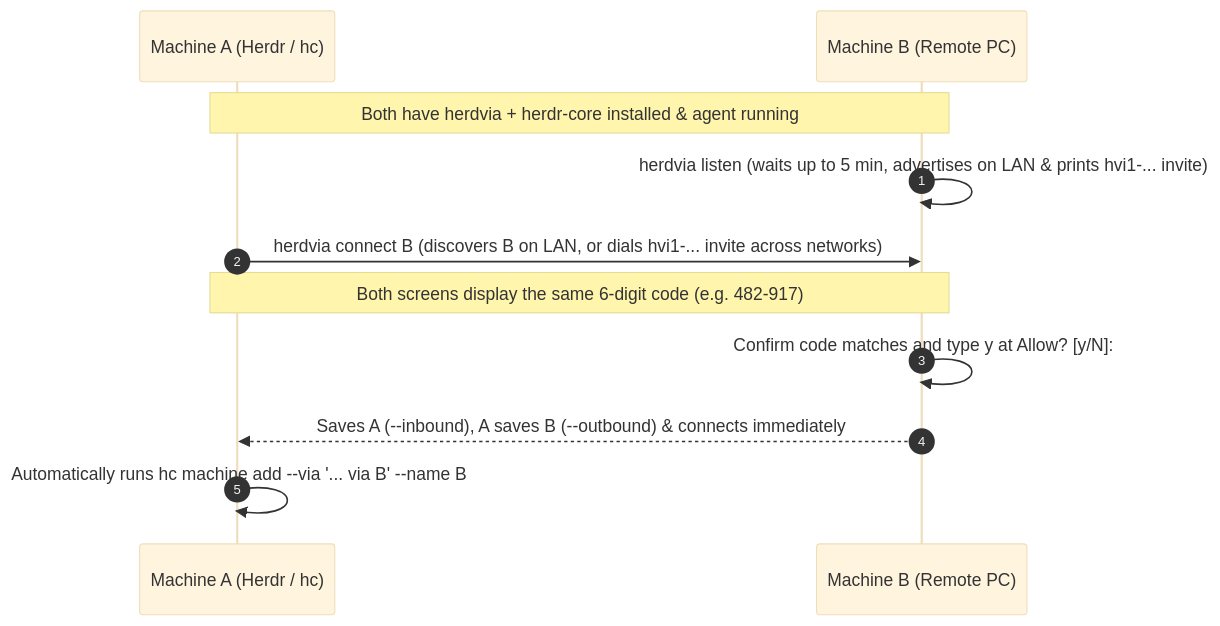
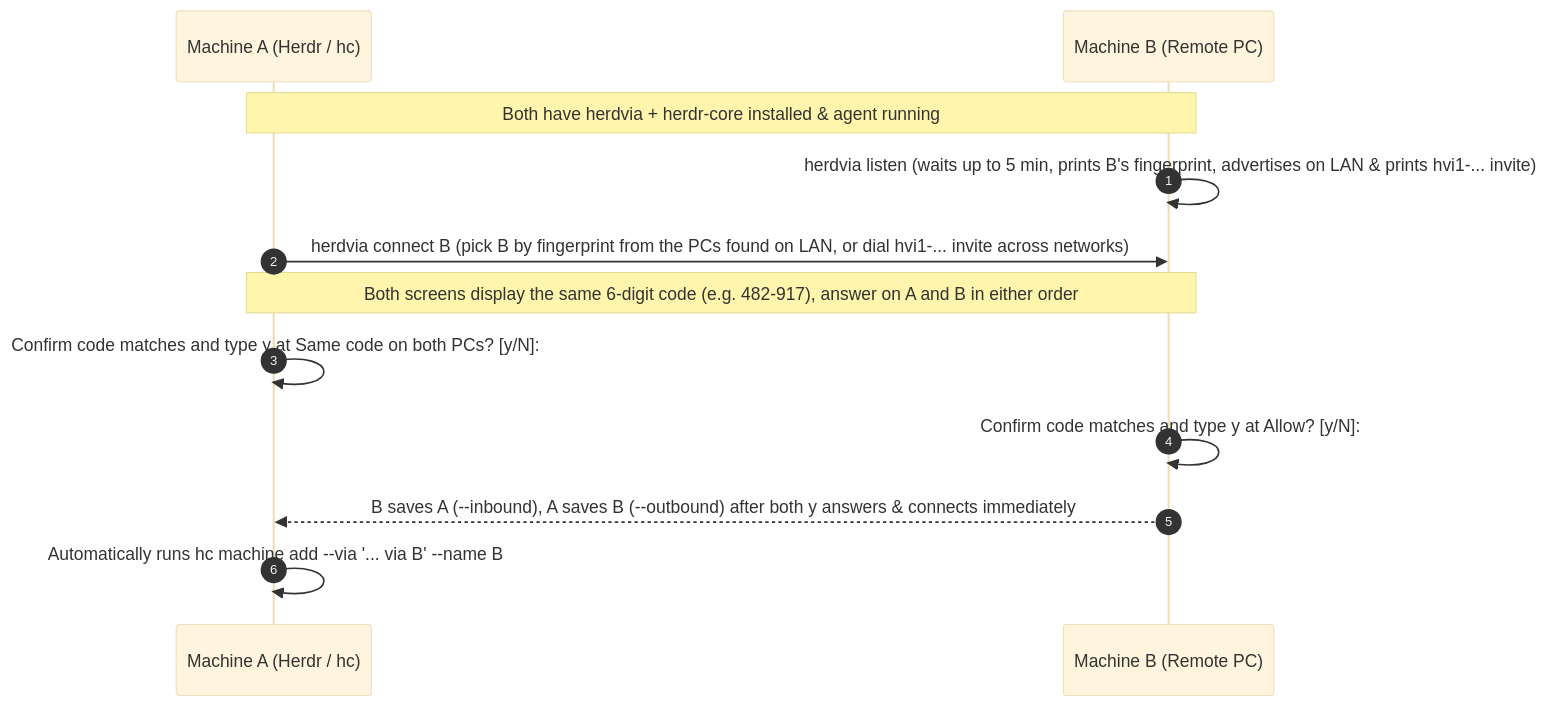
Before and after one commit to photojupi/herdvia: the diagram in README.md, drawn with Mermaid (base theme). The commit also changed other lines of this file and 22 other files, not shown here.

````diff
--- a/README.md
+++ b/README.md
@@ -148,14 +148,15 @@
 ```mermaid
 sequenceDiagram
     autonumber
     participant A as Machine A (Herdr / hc)
     participant B as Machine B (Remote PC)
 
     Note over A,B: Both have herdvia + herdr-core installed & agent running
-    B->>B: herdvia listen (waits up to 5 min, advertises on LAN & prints hvi1-... invite)
-    A->>B: herdvia connect B (discovers B on LAN, or dials hvi1-... invite across networks)
-    Note over A,B: Both screens display the same 6-digit code (e.g. 482-917)
+    B->>B: herdvia listen (waits up to 5 min, prints B's fingerprint, advertises on LAN & prints hvi1-... invite)
+    A->>B: herdvia connect B (pick B by fingerprint from the PCs found on LAN, or dial hvi1-... invite across networks)
+    Note over A,B: Both screens display the same 6-digit code (e.g. 482-917), answer on A and B in either order
+    A->>A: Confirm code matches and type y at Same code on both PCs? [y/N]:
     B->>B: Confirm code matches and type y at Allow? [y/N]:
-    B-->>A: Saves A (--inbound), A saves B (--outbound) & connects immediately
+    B-->>A: B saves A (--inbound), A saves B (--outbound) after both y answers & connects immediately
     A->>A: Automatically runs hc machine add --via '... via B' --name B
 ```
````
